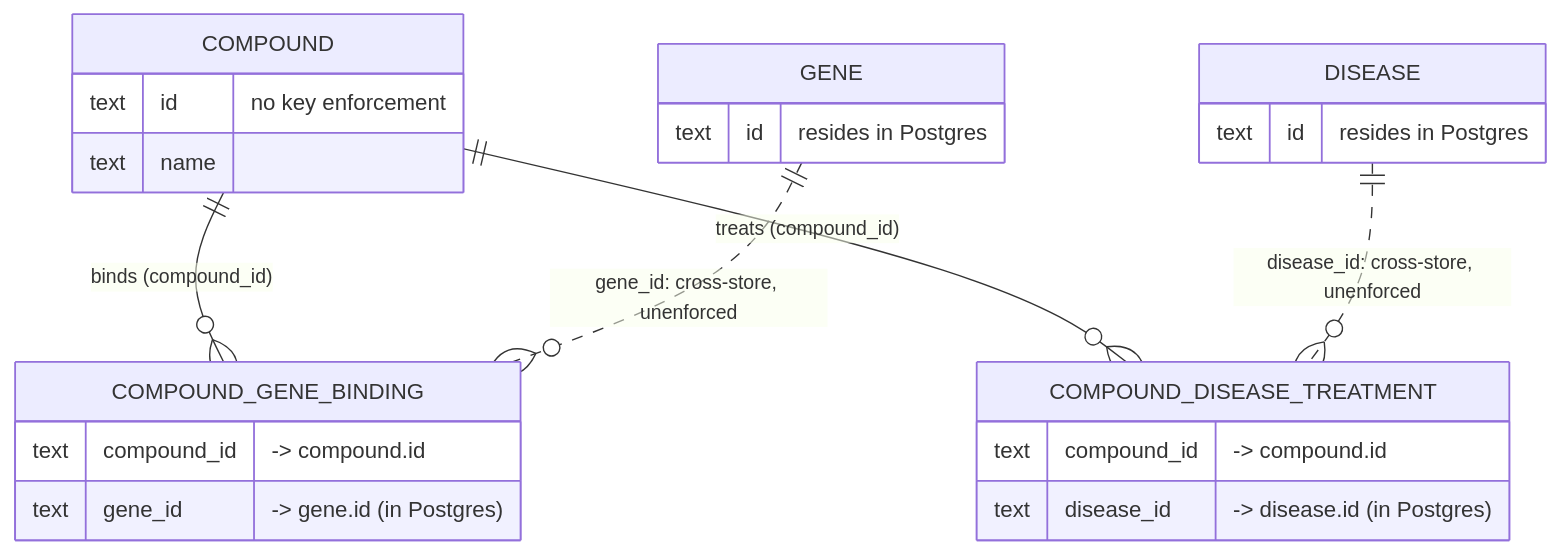
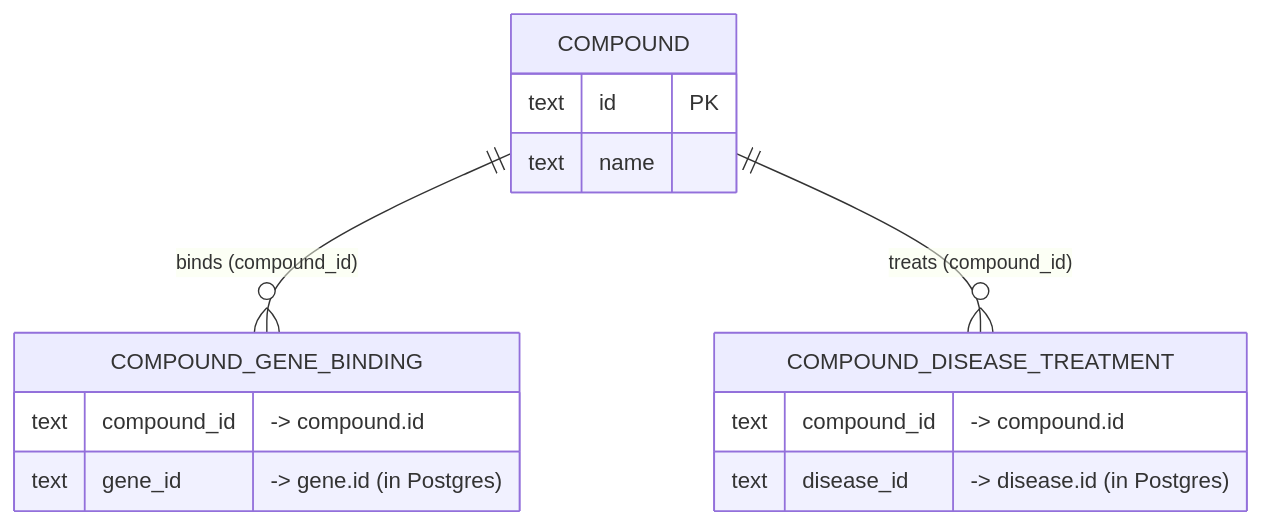
The fourth of 4 diagrams in README.md (joseph-higaki/virtual-knowledge-graph-connectivity), drawn with Mermaid before and after one commit. The commit also changed other lines of this file, not shown here.

````diff
--- a/README.md
+++ b/README.md
@@ -207,26 +156,18 @@
 ```mermaid
 erDiagram
     COMPOUND {
-        text id "no key enforcement"
+        text id PK
         text name
     }
     COMPOUND_GENE_BINDING {
         text compound_id "-> compound.id"
         text gene_id "-> gene.id (in Postgres)"
     }
     COMPOUND_DISEASE_TREATMENT {
         text compound_id "-> compound.id"
         text disease_id "-> disease.id (in Postgres)"
     }
-    GENE {
-        text id "resides in Postgres"
-    }
-    DISEASE {
-        text id "resides in Postgres"
-    }
 
     COMPOUND ||--o{ COMPOUND_GENE_BINDING : "binds (compound_id)"
-    GENE     ||..o{ COMPOUND_GENE_BINDING : "gene_id: cross-store, unenforced"
     COMPOUND ||--o{ COMPOUND_DISEASE_TREATMENT : "treats (compound_id)"
-    DISEASE  ||..o{ COMPOUND_DISEASE_TREATMENT : "disease_id: cross-store, unenforced"
 ```
````
